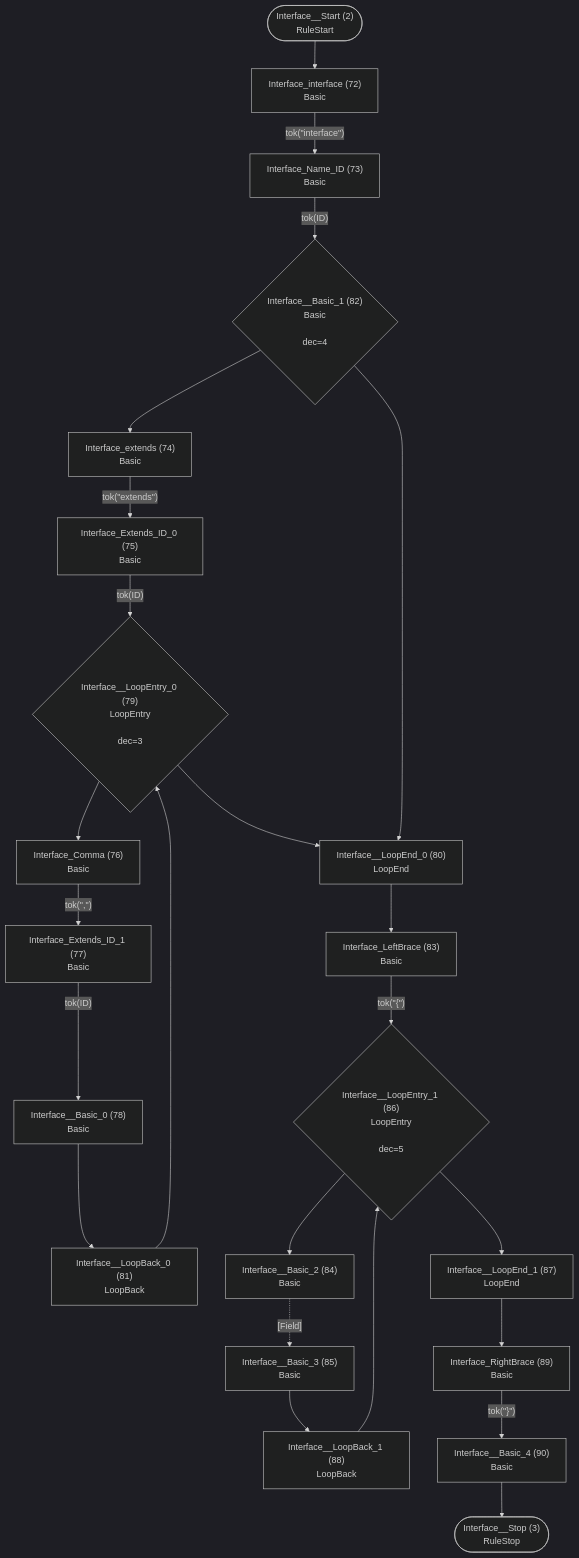
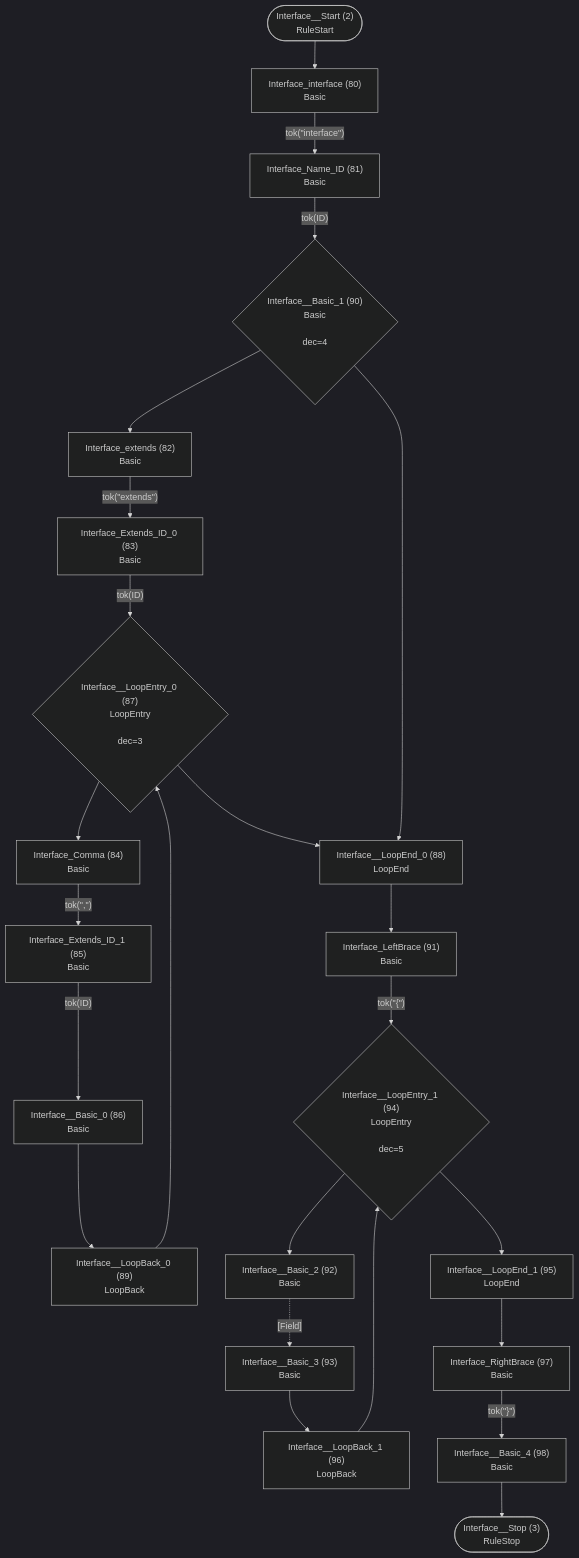
Before and after one commit to TypeFox/fastbelt: the second of 29 diagrams in internal/grammar/atn.md, drawn with Mermaid (dark theme). The commit also changed other lines of this file and 41 other files, not shown here.

````diff
--- a/internal/grammar/atn.md
+++ b/internal/grammar/atn.md
@@ -61,48 +66,48 @@
 ```mermaid
 flowchart TD
     q2(["Interface__Start (2)<br/>RuleStart"])
     q3(["Interface__Stop (3)<br/>RuleStop"])
-    q72["Interface_interface (72)<br/>Basic<br/>"]
-    q73["Interface_Name_ID (73)<br/>Basic<br/>"]
-    q74["Interface_extends (74)<br/>Basic<br/>"]
-    q75["Interface_Extends_ID_0 (75)<br/>Basic<br/>"]
-    q76["Interface_Comma (76)<br/>Basic<br/>"]
-    q77["Interface_Extends_ID_1 (77)<br/>Basic<br/>"]
-    q78["Interface__Basic_0 (78)<br/>Basic<br/>"]
-    q79{"Interface__LoopEntry_0 (79)<br/>LoopEntry<br/><br/>dec=3"}
-    q80["Interface__LoopEnd_0 (80)<br/>LoopEnd<br/>"]
-    q81["Interface__LoopBack_0 (81)<br/>LoopBack<br/>"]
-    q82{"Interface__Basic_1 (82)<br/>Basic<br/><br/>dec=4"}
-    q83["Interface_LeftBrace (83)<br/>Basic<br/>"]
-    q84["Interface__Basic_2 (84)<br/>Basic<br/>"]
-    q85["Interface__Basic_3 (85)<br/>Basic<br/>"]
-    q86{"Interface__LoopEntry_1 (86)<br/>LoopEntry<br/><br/>dec=5"}
-    q87["Interface__LoopEnd_1 (87)<br/>LoopEnd<br/>"]
-    q88["Interface__LoopBack_1 (88)<br/>LoopBack<br/>"]
-    q89["Interface_RightBrace (89)<br/>Basic<br/>"]
-    q90["Interface__Basic_4 (90)<br/>Basic<br/>"]
+    q80["Interface_interface (80)<br/>Basic<br/>"]
+    q81["Interface_Name_ID (81)<br/>Basic<br/>"]
+    q82["Interface_extends (82)<br/>Basic<br/>"]
+    q83["Interface_Extends_ID_0 (83)<br/>Basic<br/>"]
+    q84["Interface_Comma (84)<br/>Basic<br/>"]
+    q85["Interface_Extends_ID_1 (85)<br/>Basic<br/>"]
+    q86["Interface__Basic_0 (86)<br/>Basic<br/>"]
+    q87{"Interface__LoopEntry_0 (87)<br/>LoopEntry<br/><br/>dec=3"}
+    q88["Interface__LoopEnd_0 (88)<br/>LoopEnd<br/>"]
+    q89["Interface__LoopBack_0 (89)<br/>LoopBack<br/>"]
+    q90{"Interface__Basic_1 (90)<br/>Basic<br/><br/>dec=4"}
+    q91["Interface_LeftBrace (91)<br/>Basic<br/>"]
+    q92["Interface__Basic_2 (92)<br/>Basic<br/>"]
+    q93["Interface__Basic_3 (93)<br/>Basic<br/>"]
+    q94{"Interface__LoopEntry_1 (94)<br/>LoopEntry<br/><br/>dec=5"}
+    q95["Interface__LoopEnd_1 (95)<br/>LoopEnd<br/>"]
+    q96["Interface__LoopBack_1 (96)<br/>LoopBack<br/>"]
+    q97["Interface_RightBrace (97)<br/>Basic<br/>"]
+    q98["Interface__Basic_4 (98)<br/>Basic<br/>"]
 
-    q2 --> q72
-    q72 -->|"tok(&quot;interface&quot;)"| q73
-    q73 -->|"tok(ID)"| q82
-    q74 -->|"tok(&quot;extends&quot;)"| q75
-    q75 -->|"tok(ID)"| q79
-    q76 -->|"tok(&quot;,&quot;)"| q77
-    q77 -->|"tok(ID)"| q78
-    q78 --> q81
-    q79 --> q76
-    q79 --> q80
-    q80 --> q83
-    q81 --> q79
-    q82 --> q74
-    q82 --> q80
-    q83 -->|"tok(&quot;{&quot;)"| q86
-    q84 -.->|"[Field]"| q85
-    q85 --> q88
-    q86 --> q84
-    q86 --> q87
-    q87 --> q89
-    q88 --> q86
-    q89 -->|"tok(&quot;}&quot;)"| q90
-    q90 --> q3
+    q2 --> q80
+    q80 -->|"tok(&quot;interface&quot;)"| q81
+    q81 -->|"tok(ID)"| q90
+    q82 -->|"tok(&quot;extends&quot;)"| q83
+    q83 -->|"tok(ID)"| q87
+    q84 -->|"tok(&quot;,&quot;)"| q85
+    q85 -->|"tok(ID)"| q86
+    q86 --> q89
+    q87 --> q84
+    q87 --> q88
+    q88 --> q91
+    q89 --> q87
+    q90 --> q82
+    q90 --> q88
+    q91 -->|"tok(&quot;{&quot;)"| q94
+    q92 -.->|"[Field]"| q93
+    q93 --> q96
+    q94 --> q92
+    q94 --> q95
+    q95 --> q97
+    q96 --> q94
+    q97 -->|"tok(&quot;}&quot;)"| q98
+    q98 --> q3
 ```
````
